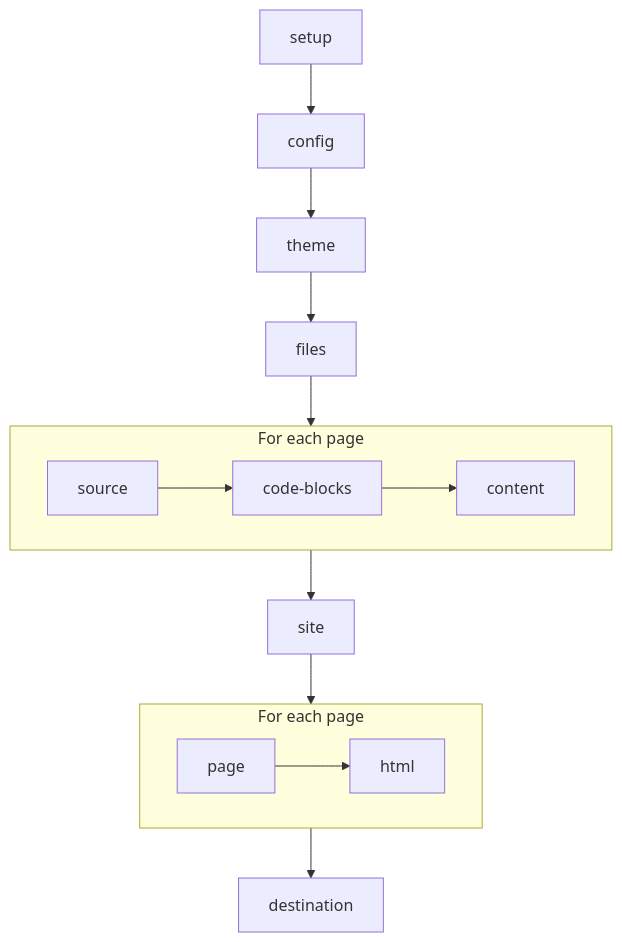
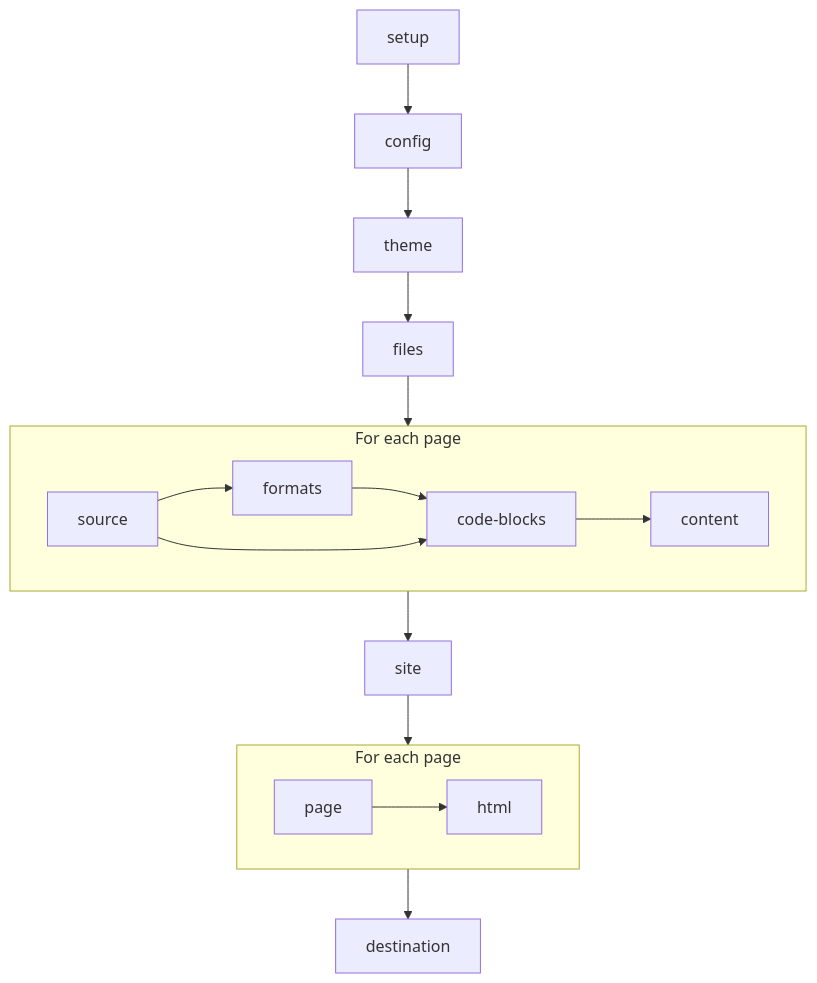
The diagram in docs/reference/plugin-hooks.md (withlittle/little), drawn with Mermaid before and after one commit. The commit also changed other lines of this file and 11 other files, not shown here.

````diff
--- a/docs/reference/plugin-hooks.md
+++ b/docs/reference/plugin-hooks.md
@@ -18,14 +18,15 @@
 ```mermaid
 flowchart TD
     setup --> config --> theme --> files
     files --> read
     subgraph read [For each page]
-        source --> blocks[code-blocks] --> content
+        source --> formats --> blocks[code-blocks] --> content
+        source --> blocks
     end
     read --> site
     site --> write
     subgraph write [For each page]
         page --> html
     end
     write --> destination
 ```
````
